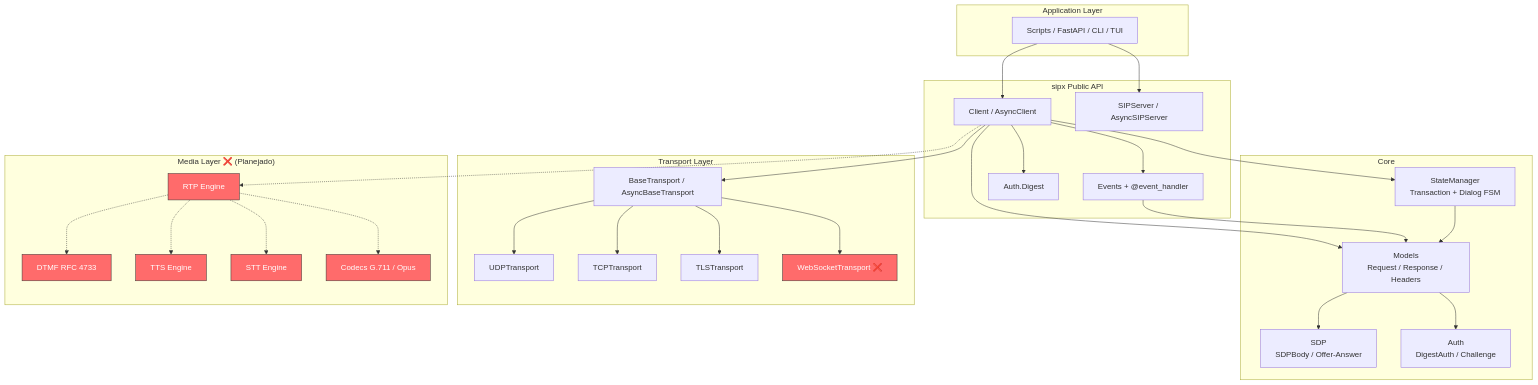
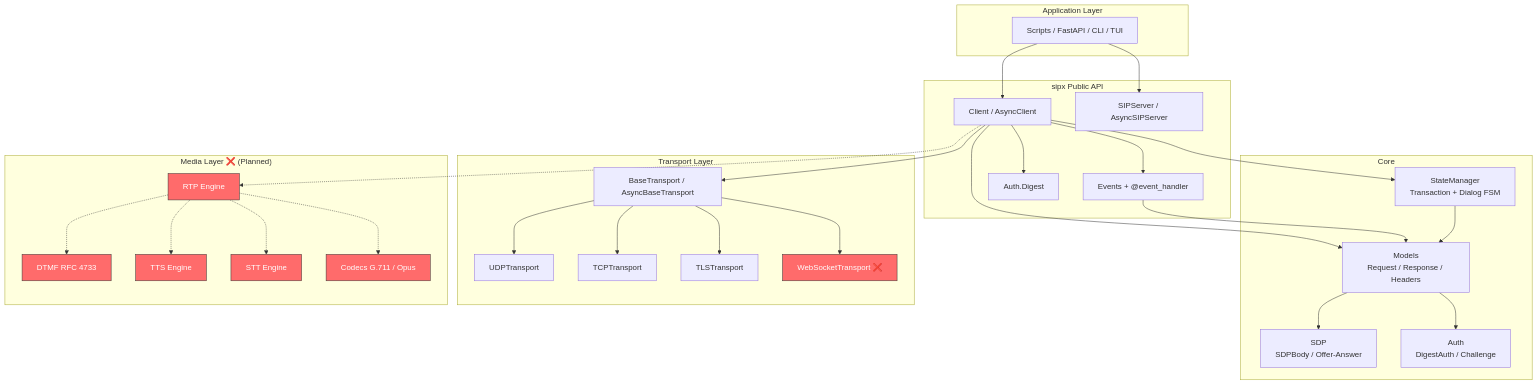
The first of 16 diagrams in docs/SDD.md (oornnery/sipx), drawn with Mermaid before and after one commit. The commit also changed other lines of this file and 3 other files, not shown here.

````diff
--- a/docs/SDD.md
+++ b/docs/SDD.md
@@ -45,64 +45,64 @@
 ```mermaid
 graph TB
     subgraph "Application Layer"
         APP[Scripts / FastAPI / CLI / TUI]
     end
 
     subgraph "sipx Public API"
         CLIENT[Client / AsyncClient]
         SERVER[SIPServer / AsyncSIPServer]
         EVENTS[Events + @event_handler]
         AUTH[Auth.Digest]
     end
 
     subgraph "Core"
         FSM[StateManager<br/>Transaction + Dialog FSM]
         MODELS[Models<br/>Request / Response / Headers]
         SDP_MOD[SDP<br/>SDPBody / Offer-Answer]
         AUTH_MOD[Auth<br/>DigestAuth / Challenge]
     end
 
     subgraph "Transport Layer"
         BASE[BaseTransport / AsyncBaseTransport]
         UDP[UDPTransport]
         TCP[TCPTransport]
         TLS[TLSTransport]
         WS[WebSocketTransport ❌]
     end
 
-    subgraph "Media Layer ❌ (Planejado)"
+    subgraph "Media Layer ❌ (Planned)"
         RTP_MOD[RTP Engine]
         DTMF_MOD[DTMF RFC 4733]
         TTS[TTS Engine]
         STT[STT Engine]
         CODEC[Codecs G.711 / Opus]
     end
 
     APP --> CLIENT
     APP --> SERVER
     CLIENT --> EVENTS
     CLIENT --> AUTH
     CLIENT --> FSM
     CLIENT --> MODELS
     CLIENT --> BASE
     EVENTS --> MODELS
     FSM --> MODELS
     MODELS --> SDP_MOD
     MODELS --> AUTH_MOD
     BASE --> UDP
     BASE --> TCP
     BASE --> TLS
     BASE --> WS
     CLIENT -.-> RTP_MOD
     RTP_MOD -.-> DTMF_MOD
     RTP_MOD -.-> TTS
     RTP_MOD -.-> STT
     RTP_MOD -.-> CODEC
 
     style WS fill:#ff6b6b,stroke:#333,color:#fff
     style RTP_MOD fill:#ff6b6b,stroke:#333,color:#fff
     style DTMF_MOD fill:#ff6b6b,stroke:#333,color:#fff
     style TTS fill:#ff6b6b,stroke:#333,color:#fff
     style STT fill:#ff6b6b,stroke:#333,color:#fff
     style CODEC fill:#ff6b6b,stroke:#333,color:#fff
 ```
````
